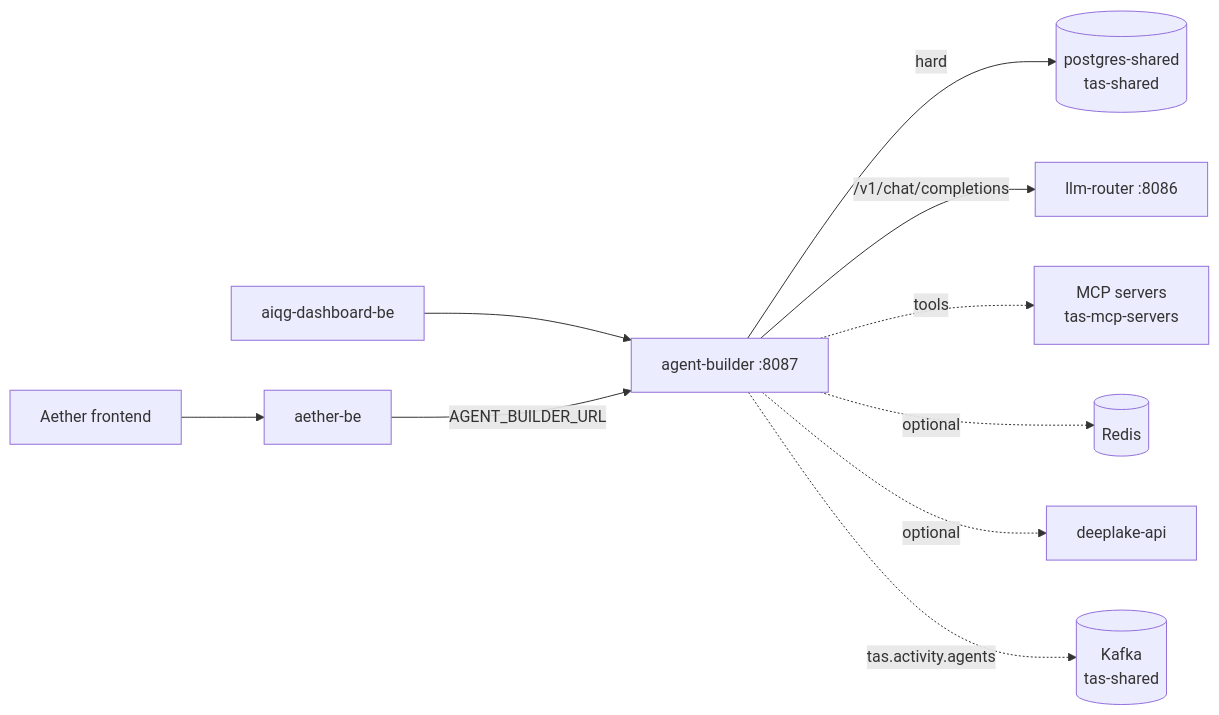
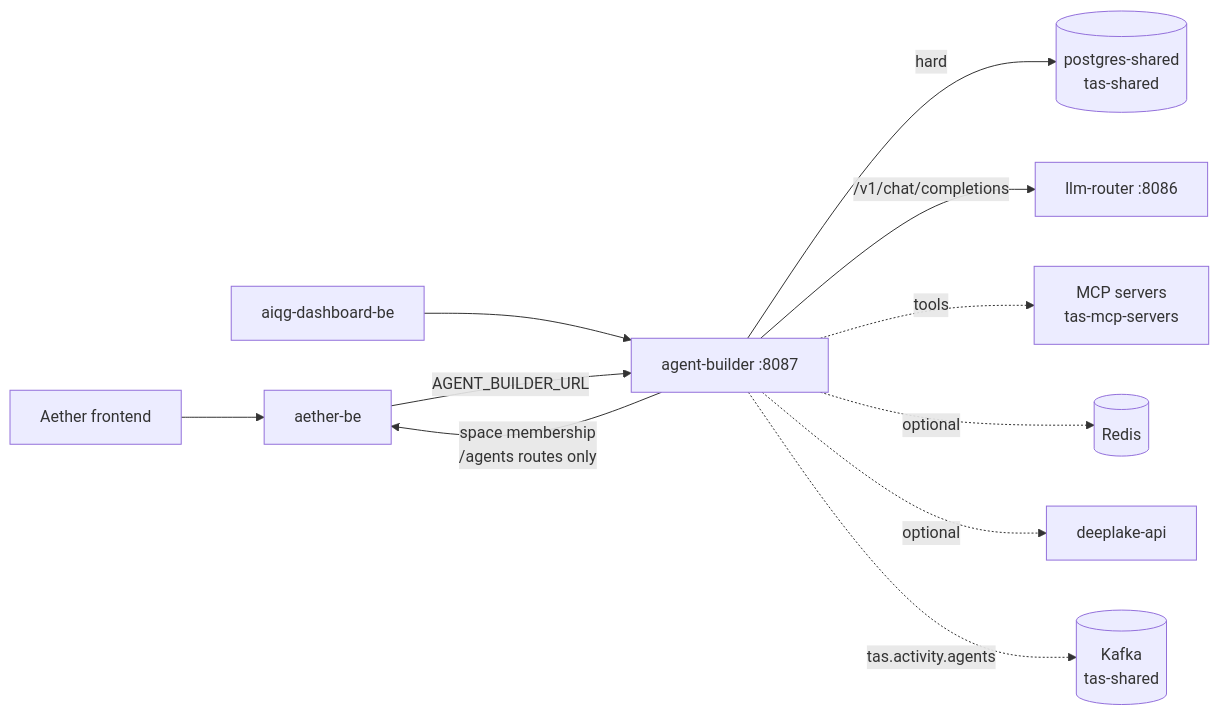
Before and after one commit to Tributary-ai-services/tas-agent-builder: the diagram in README.md, drawn with Mermaid. The commit also changed other lines of this file, not shown here.

````diff
--- a/README.md
+++ b/README.md
@@ -261,12 +316,13 @@
 ```mermaid
 graph LR
   FE[Aether frontend] --> BE[aether-be]
   AIQG[aiqg-dashboard-be] --> AB
   BE -->|AGENT_BUILDER_URL| AB[agent-builder :8087]
   AB -->|hard| PG[(postgres-shared<br/>tas-shared)]
   AB -->|/v1/chat/completions| LR[llm-router :8086]
   AB -.->|tools| MCP[MCP servers<br/>tas-mcp-servers]
   AB -.->|optional| RD[(Redis)]
   AB -.->|optional| DL[deeplake-api]
   AB -.->|tas.activity.agents| KA[(Kafka<br/>tas-shared)]
+  AB -->|space membership<br/>/agents routes only| BE
 ```
````
